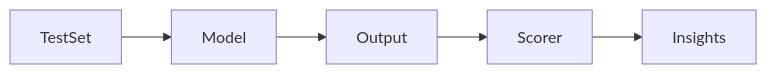
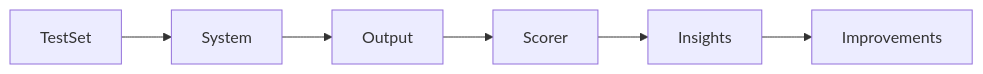
The first of 5 diagrams in day_27/day_27_evaluation.md (Asabeneh/30-Days-Of-AI-Engineering), drawn with Mermaid before and after one commit. The commit also changed other lines of this file and 22 other files, not shown here.

````diff
--- a/day_27/day_27_evaluation.md
+++ b/day_27/day_27_evaluation.md
@@ -25,7 +40,8 @@
 ```mermaid
 graph LR
-    TestSet --> Model
-    Model --> Output
+    TestSet --> System
+    System --> Output
     Output --> Scorer
     Scorer --> Insights
+    Insights --> Improvements
 ```
````
